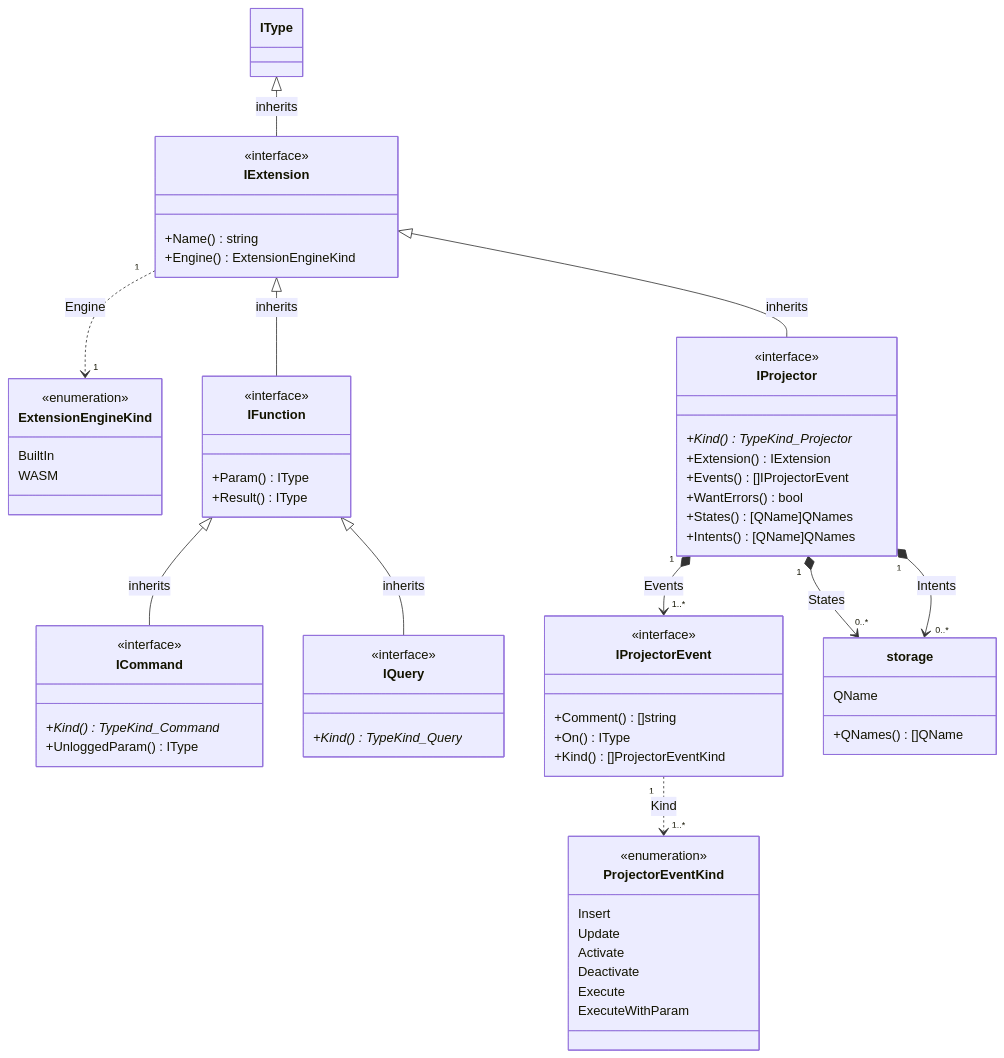
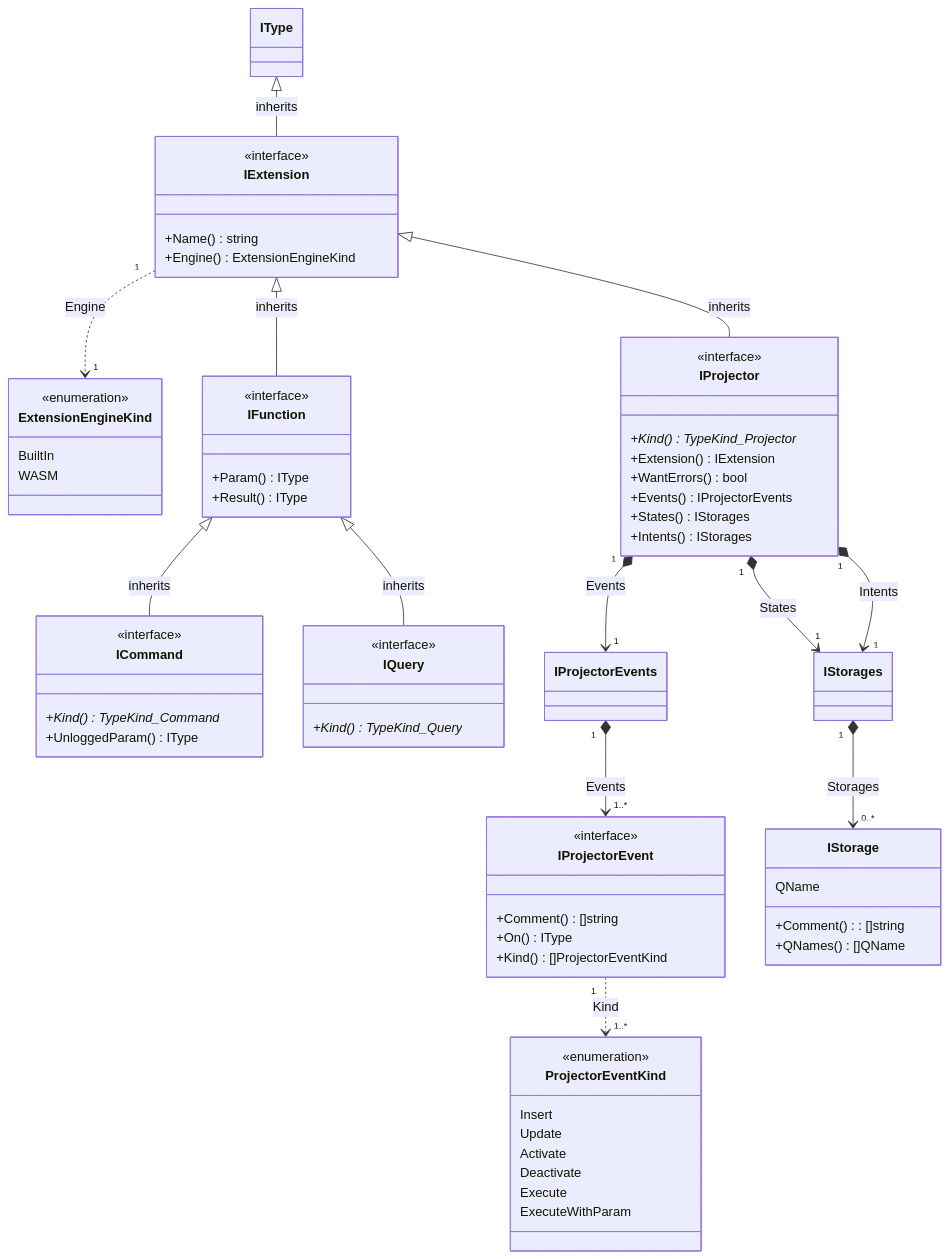
The seventh of 7 diagrams in pkg/appdef/README.md (voedger/voedger), drawn with Mermaid before and after one commit. The commit also changed other lines of this file, not shown here.

````diff
--- a/pkg/appdef/README.md
+++ b/pkg/appdef/README.md
@@ -562,73 +562,76 @@
 ```mermaid
     classDiagram
     IType <|-- IExtension : inherits
     class IExtension {
         <<interface>>
         +Name() string
         +Engine() ExtensionEngineKind
     }
 
     IExtension "1" ..> "1" ExtensionEngineKind : Engine
     class ExtensionEngineKind {
         <<enumeration>>
         BuiltIn
         WASM
     }
 
     IExtension <|-- IFunction : inherits
     class IFunction {
         <<interface>>
         +Param() IType
         +Result() IType
     }
 
     IFunction <|-- ICommand : inherits
     class ICommand {
         <<interface>>
         +Kind()* TypeKind_Command
         +UnloggedParam() IType
     }
 
     IFunction <|-- IQuery : inherits
     class IQuery {
         <<interface>>
         +Kind()* TypeKind_Query
     }
 
     IExtension <|-- IProjector : inherits
     class IProjector {
         <<interface>>
         +Kind()* TypeKind_Projector
         +Extension() IExtension
-        +Events() []IProjectorEvent
         +WantErrors() bool
-        +States() [QName]QNames
-        +Intents() [QName]QNames
+        +Events() IProjectorEvents
+        +States() IStorages
+        +Intents() IStorages
     }
 
-    IProjector "1" *--> "1..*" IProjectorEvent : Events
+    IProjector "1" *--> "1" IProjectorEvents : Events
+    IProjectorEvents "1" *--> "1..*" IProjectorEvent : Events
     class IProjectorEvent {
         <<interface>>
         +Comment() []string
         +On() IType
         +Kind() []ProjectorEventKind
     }
 
     IProjectorEvent "1" ..> "1..*" ProjectorEventKind : Kind
     class ProjectorEventKind {
         <<enumeration>>
         Insert
         Update
         Activate
         Deactivate
         Execute
         ExecuteWithParam
     }
 
-    IProjector "1" *--> "0..*" storage : States
-    IProjector "1" *--> "0..*" storage : Intents
-    class storage {
+    IProjector "1" *--> "1" IStorages : States
+    IProjector "1" *--> "1" IStorages : Intents
+    IStorages "1" *--> "0..*" IStorage : Storages
+    class IStorage {
         QName
+        +Comment() : []string
         +QNames() []QName
     }
 ```
````
